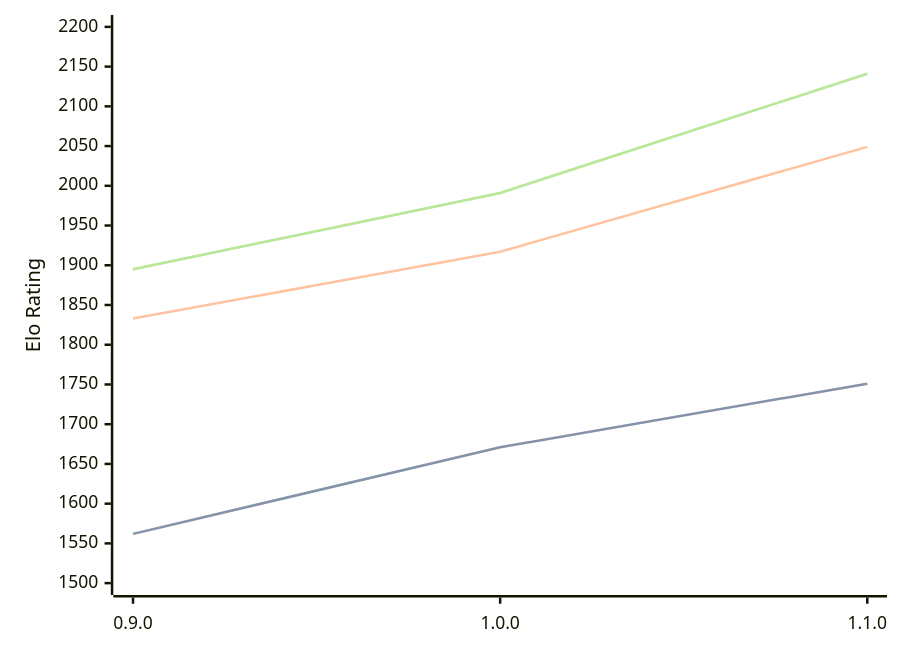
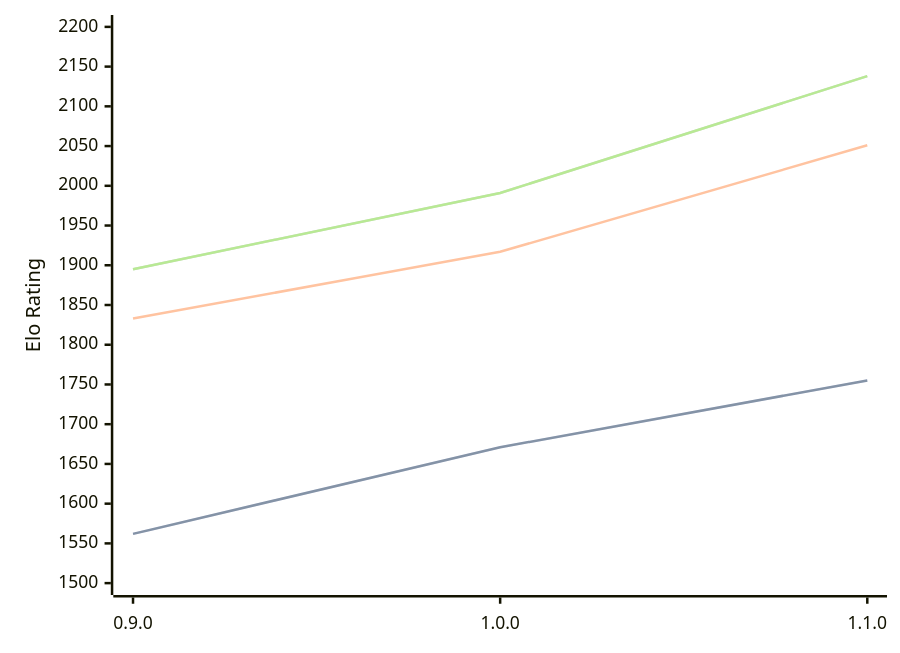
The diagram in engines/Ratsu.md (computer-chess-index/cci), drawn with Mermaid before and after one commit. The commit also changed other lines of this file, not shown here.

Commit message:
Update CCI Ratings (ELO VLTC) - 2026-05-07

````diff
--- a/engines/Ratsu.md
+++ b/engines/Ratsu.md
@@ -33,11 +33,11 @@
 ```mermaid
 %%{init: {"theme":"base","themeVariables":{"seriesColors:['#a3a3a3','#222221','#faa371']}}}%%
 xychart-beta
   x-axis ["0.9.0", "1.0.0", "1.1.0"]
   y-axis "Elo Rating" 1500 --> 2200
-  line "STC (8.0+0.08s)" [1562, 1671, 1751]
-  line "STC (8.0+0.08s)" [1562, 1671, 1751]
-  line "LTC (60.0+0.60s)" [1833, 1917, 2049]
-  line "VLTC (2m24s+1.12s)" [1895, 1991, 2141]
-  line "VLTC (2m24s+1.12s)" [1895, 1991, 2141]
+  line "STC (8.0+0.08s)" [1562, 1671, 1755]
+  line "STC (8.0+0.08s)" [1562, 1671, 1755]
+  line "LTC (60.0+0.60s)" [1833, 1917, 2051]
+  line "VLTC (2m24s+1.12s)" [1895, 1991, 2138]
+  line "VLTC (2m24s+1.12s)" [1895, 1991, 2138]
 ```
````
